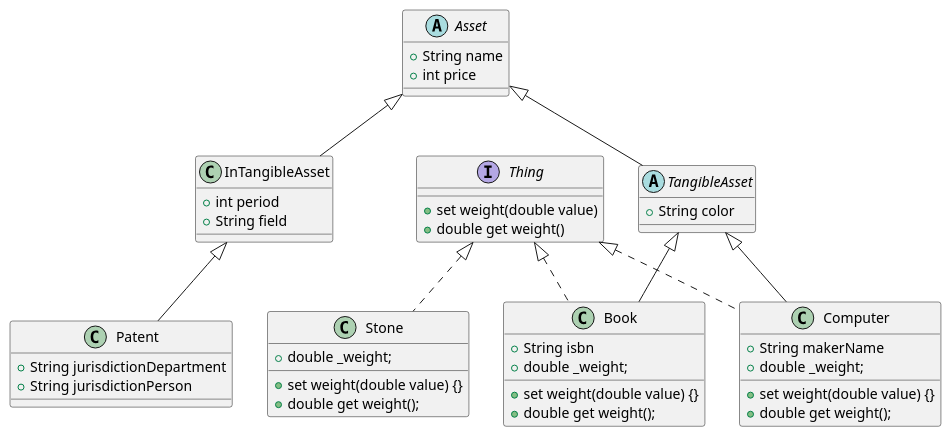
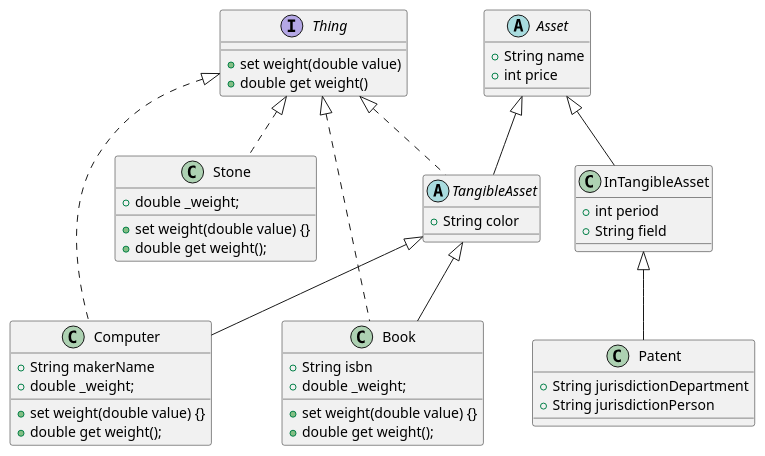
Before and after one commit to orm-camp-flutter-2ki/learn_dart_together: the diagram in lib/240313/diagram/asset_diagram.puml, drawn with PlantUML. The commit also changed 4 other files, not shown here.

```diff
--- a/lib/240313/diagram/asset_diagram.puml
+++ b/lib/240313/diagram/asset_diagram.puml
@@ -1,45 +1,45 @@
 @startuml Asset 
 scale 1
 abstract class Asset {
   +String name
   +int price  
 }
-abstract class TangibleAsset extends Asset {
+abstract class TangibleAsset extends Asset implements Thing{
   +String color
 
 }
 class InTangibleAsset extends Asset {
   +int period
   +String field
 
 }
 class Patent extends InTangibleAsset {
   +String jurisdictionDepartment
   +String jurisdictionPerson
 
 }
 class Book extends TangibleAsset implements Thing {
   +String isbn
   +double _weight;
 
   +set weight(double value) {}
   +double get weight();
 }
 class Computer extends TangibleAsset implements Thing {
   +String makerName
   +double _weight;
 
   +set weight(double value) {}
   +double get weight();
 }
 class Stone implements Thing {  
   +double _weight;
 
   +set weight(double value) {}
   +double get weight();
 }
 interface Thing {
   +set weight(double value) 
   +double get weight()
 }
 @enduml
```
